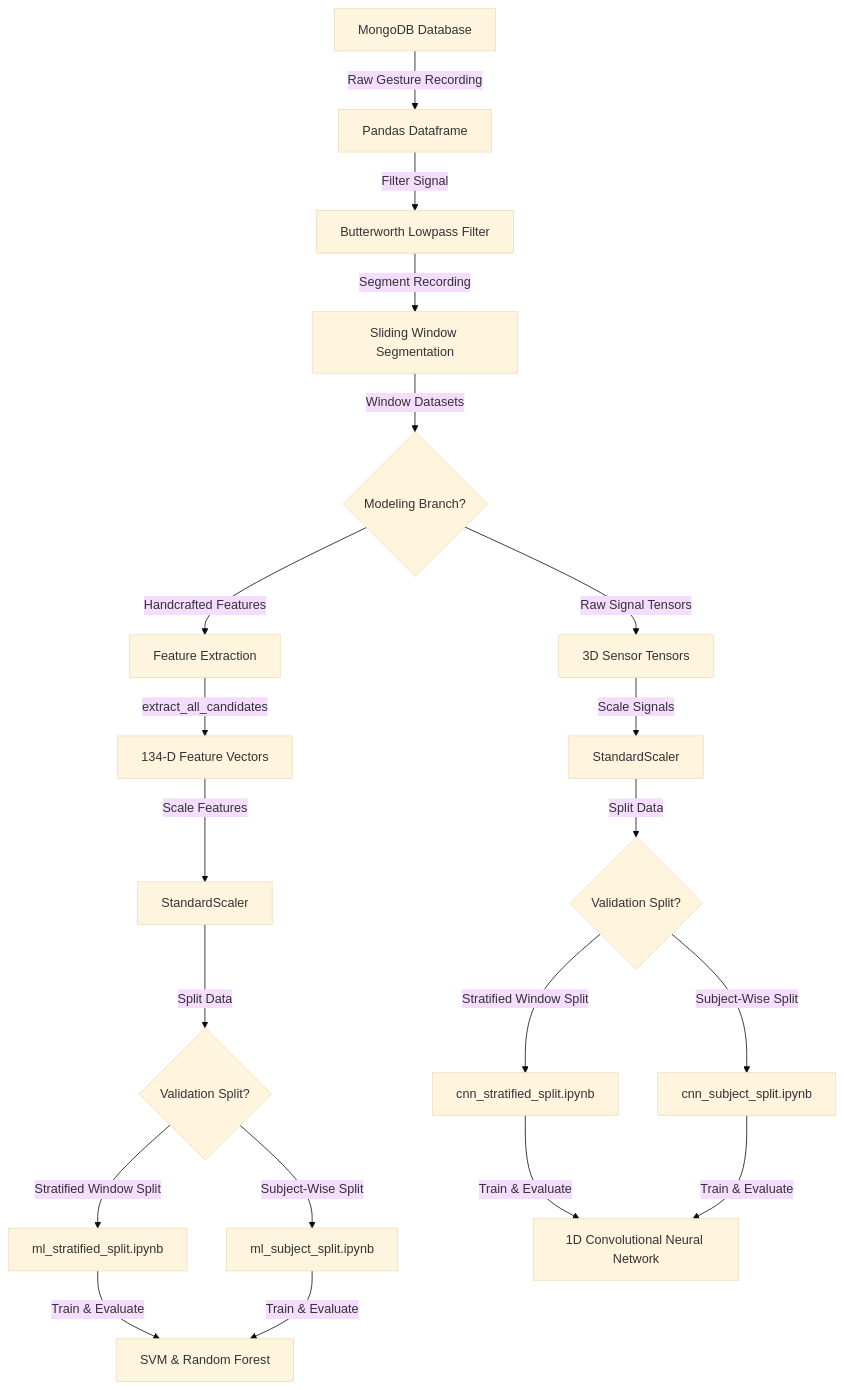
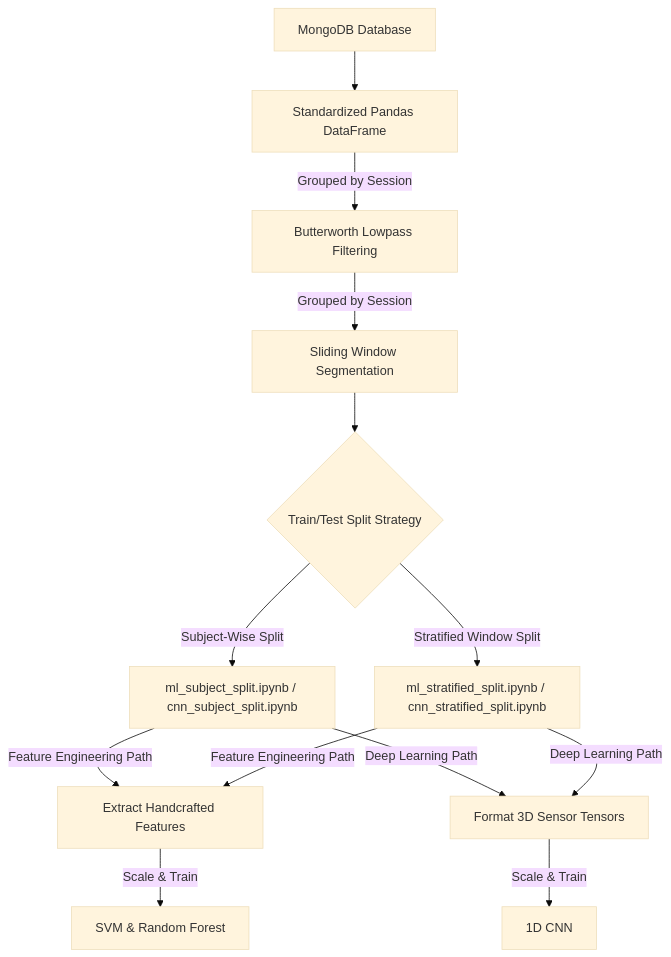
The diagram in docs/readme_pipeline.md (spyrosManolatos/AIoT-Human-Gesture-Recognition), drawn with Mermaid (base theme) before and after one commit. The commit also changed other lines of this file and 1 other file, not shown here.

Commit message:
docs: update PCA description for clarity in readme_features and readme_pipeline

````diff
--- a/docs/readme_pipeline.md
+++ b/docs/readme_pipeline.md
@@ -11,24 +11,18 @@
 ```mermaid
 graph TD
-    A[MongoDB Database] -->|Raw Gesture Recording| B[Pandas Dataframe]
-    B -->|Filter Signal| C[Butterworth Lowpass Filter]
-    C -->|Segment Recording| D[Sliding Window Segmentation]
-    D -->|Window Datasets| E{Modeling Branch?}
+    A[MongoDB Database] --> B[Standardized Pandas DataFrame]
+    B -->|Grouped by Session| C[Butterworth Lowpass Filtering]
+    C -->|Grouped by Session| D[Sliding Window Segmentation]
+    D --> E{Train/Test Split Strategy}
     
-    %% Branch 1: Feature Engineering
-    E -->|Handcrafted Features| F[Feature Extraction]
-    F -->|extract_all_candidates| G[134-D Feature Vectors]
-    G -->|Scale Features| H[StandardScaler]
-    H -->|Split Data| I{Validation Split?}
-    I -->|Stratified Window Split| J[ml_stratified_split.ipynb]
-    I -->|Subject-Wise Split| K[ml_subject_split.ipynb]
-    J & K -->|Train & Evaluate| L[SVM & Random Forest]
+    %% Split branches
+    E -->|Subject-Wise Split| F[ml_subject_split.ipynb / cnn_subject_split.ipynb]
+    E -->|Stratified Window Split| G[ml_stratified_split.ipynb / cnn_stratified_split.ipynb]
     
-    %% Branch 2: Deep Learning
-    E -->|Raw Signal Tensors| M[3D Sensor Tensors]
-    M -->|Scale Signals| N[StandardScaler]
-    N -->|Split Data| O{Validation Split?}
-    O -->|Stratified Window Split| P[cnn_stratified_split.ipynb]
-    O -->|Subject-Wise Split| Q[cnn_subject_split.ipynb]
-    P & Q -->|Train & Evaluate| R[1D Convolutional Neural Network]
+    %% Modeling paths
+    F & G -->|Feature Engineering Path| H[Extract Handcrafted Features]
+    H -->|Scale & Train| I[SVM & Random Forest]
+    
+    F & G -->|Deep Learning Path| J[Format 3D Sensor Tensors]
+    J -->|Scale & Train| K[1D CNN]
 ```
````
